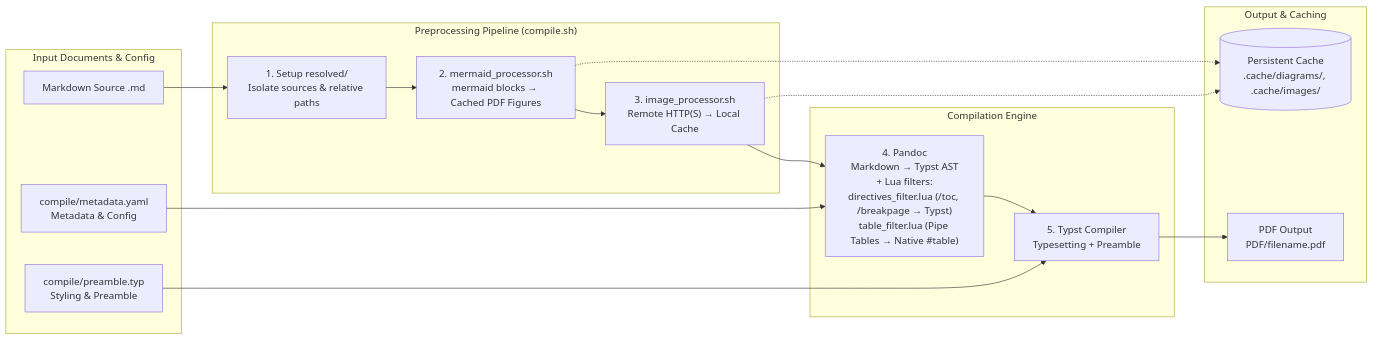
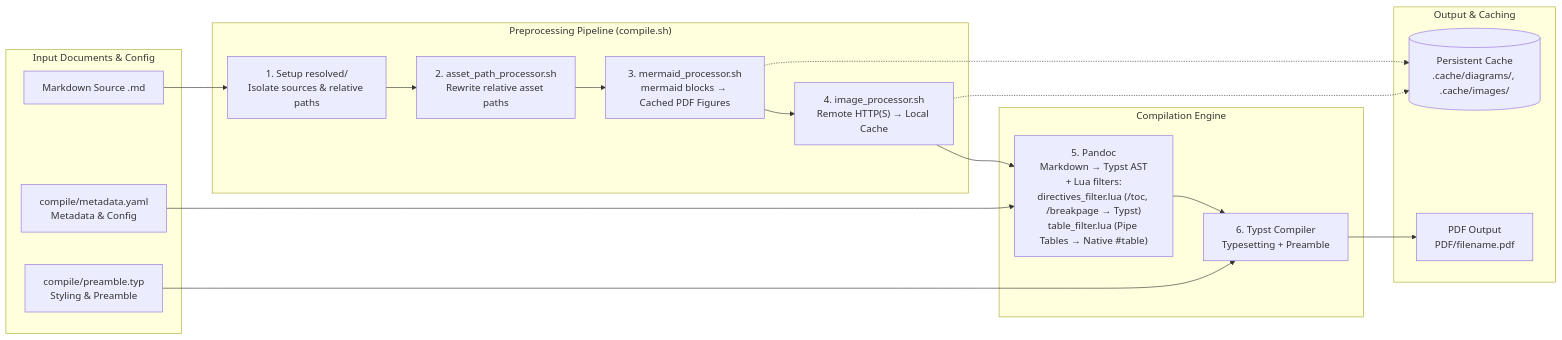
One commit to Masrkai/MRKcompile changed the diagram in README.md. Above: the diagram before and after it, drawn with Mermaid. The commit also changed other lines of this file and 16 other files, not shown here.

First line of the commit message:
resolve relative asset paths per document; root stitched builds at the list dir

````diff
--- a/README.md
+++ b/README.md
@@ -9,35 +9,37 @@
 ```mermaid
 graph LR
     subgraph Input Documents & Config
         MD[Markdown Source .md]
         Meta["compile/metadata.yaml<br/>Metadata & Config"]
         Pre["compile/preamble.typ<br/>Styling & Preamble"]
     end
 
     subgraph "Preprocessing Pipeline (compile.sh)"
         Res["1. Setup resolved/<br/>Isolate sources & relative paths"]
-        Mermaid["2. mermaid_processor.sh<br/>mermaid blocks → Cached PDF Figures"]
-        Images["3. image_processor.sh<br/>Remote HTTP(S) → Local Cache"]
+        Paths["2. asset_path_processor.sh<br/>Rewrite relative asset paths"]
+        Mermaid["3. mermaid_processor.sh<br/>mermaid blocks → Cached PDF Figures"]
+        Images["4. image_processor.sh<br/>Remote HTTP(S) → Local Cache"]
     end
 
     subgraph Compilation Engine
-        Pandoc["4. Pandoc<br/>Markdown → Typst AST<br/>+ Lua filters:<br/>directives_filter.lua (/toc, /breakpage → Typst)<br/>table_filter.lua (Pipe Tables → Native #table)"]
-        Typst["5. Typst Compiler<br/>Typesetting + Preamble"]
+        Pandoc["5. Pandoc<br/>Markdown → Typst AST<br/>+ Lua filters:<br/>directives_filter.lua (/toc, /breakpage → Typst)<br/>table_filter.lua (Pipe Tables → Native #table)"]
+        Typst["6. Typst Compiler<br/>Typesetting + Preamble"]
     end
 
     subgraph Output & Caching
         PDF["PDF Output<br/>PDF/filename.pdf"]
         Cache[("Persistent Cache<br/>.cache/diagrams/, .cache/images/")]
     end
 
     MD --> Res
-    Res --> Mermaid
+    Res --> Paths
+    Paths --> Mermaid
     Mermaid --> Images
     Images --> Pandoc
     Meta --> Pandoc
     Pre --> Typst
     Pandoc --> Typst
     Typst --> PDF
     Mermaid -.-> Cache
     Images -.-> Cache
 ```
````
